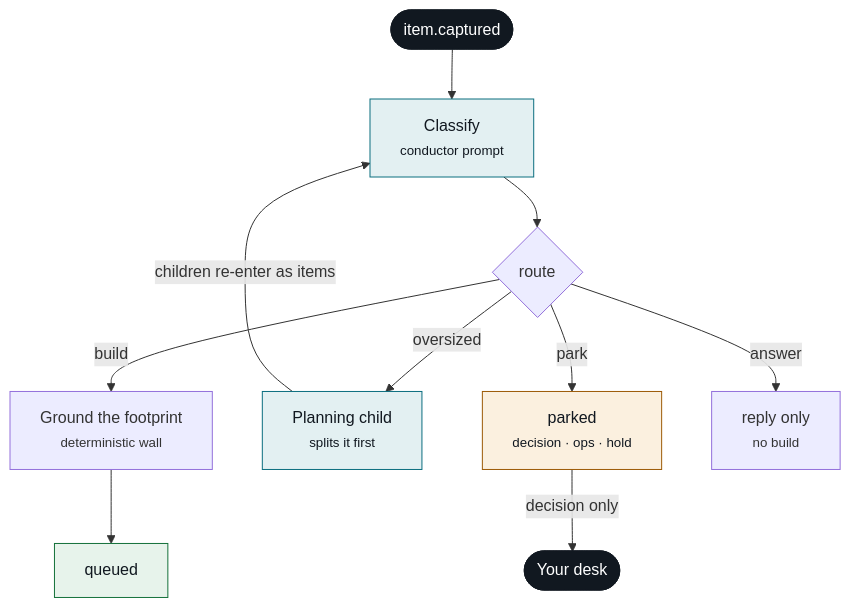
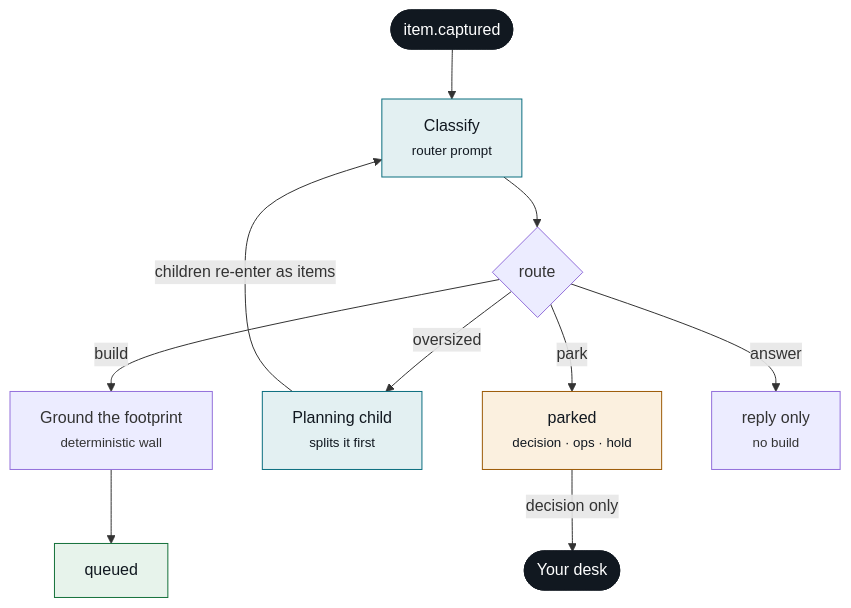
One commit to MrChikns/loopkit changed the third of 11 diagrams in docs/plane-flows.md. Above: the diagram before and after it, drawn with Mermaid. The commit also changed other lines of this file and 31 other files, not shown here.

````diff
--- a/docs/plane-flows.md
+++ b/docs/plane-flows.md
@@ -123,21 +123,21 @@
 ```mermaid
 flowchart TD
-  C(["item.captured"]) --> CL["Classify<br/><small>conductor prompt</small>"]
+  C(["item.captured"]) --> CL["Classify<br/><small>router prompt</small>"]
   CL --> ROUTE{"route"}
   ROUTE -->|build| GT["Ground the footprint<br/><small>deterministic wall</small>"]
   GT --> Q["queued"]
   ROUTE -->|oversized| PL["Planning child<br/><small>splits it first</small>"]
   PL -->|children re-enter as items| CL
   ROUTE -->|park| P["parked<br/><small>decision · ops · hold</small>"]
   ROUTE -->|answer| AN["reply only<br/><small>no build</small>"]
   P -->|decision only| YOU(["Your desk"])
 
   classDef term fill:#111820,stroke:#111820,color:#ffffff
   classDef step fill:#E3F0F2,stroke:#0B6E7F,color:#111820
   classDef pass fill:#E7F3EB,stroke:#14713A,color:#111820
   classDef hold fill:#FBF0DF,stroke:#9C5A06,color:#111820
   class C,YOU term
   class CL,PL step
   class Q pass
   class P hold
 ```
````
